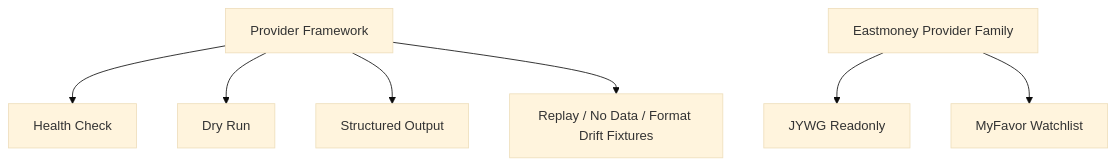
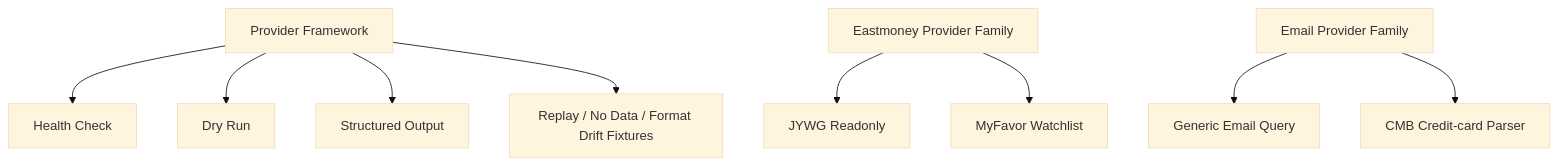
Before and after one commit to yuanyunfan/miniclaw: the diagram in website/en/capabilities/providers.md, drawn with Mermaid (base theme). The commit also changed other lines of this file and 11 other files, not shown here.

Commit message:
docs: merge email provider docs

````diff
--- a/website/en/capabilities/providers.md
+++ b/website/en/capabilities/providers.md
@@ -18,9 +20,11 @@
 ```mermaid
 flowchart TD
   ProviderFramework[Provider Framework] --> Health[Health Check]
   ProviderFramework --> DryRun[Dry Run]
   ProviderFramework --> Output[Structured Output]
   ProviderFramework --> Fixtures[Replay / No Data / Format Drift Fixtures]
   Eastmoney[Eastmoney Provider Family] --> JYWG[JYWG Readonly]
   Eastmoney --> MyFavor[MyFavor Watchlist]
+  Email[Email Provider Family] --> EmailQuery[Generic Email Query]
+  Email --> CMB[CMB Credit-card Parser]
 ```
````
